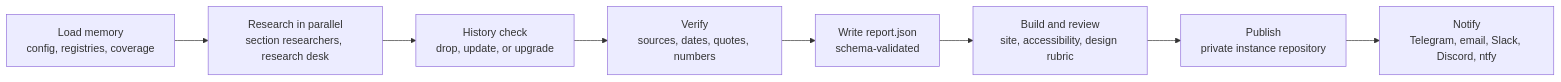
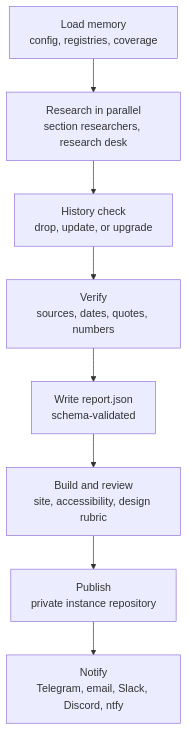
One commit to Mordris/PulseAI changed the diagram in README.md. Above: the diagram before and after it, drawn with Mermaid. The commit also changed other lines of this file and 12 other files, not shown here.

````diff
--- a/README.md
+++ b/README.md
@@ -61,10 +72,10 @@
 ```mermaid
-flowchart LR
+flowchart TB
     A["Load memory<br/>config, registries, coverage"] --> B["Research in parallel<br/>section researchers, research desk"]
     B --> C["History check<br/>drop, update, or upgrade"]
     C --> D["Verify<br/>sources, dates, quotes, numbers"]
     D --> E["Write report.json<br/>schema-validated"]
     E --> F["Build and review<br/>site, accessibility, design rubric"]
     F --> G["Publish<br/>private instance repository"]
     G --> H["Notify<br/>Telegram, email, Slack, Discord, ntfy"]
 ```
````
